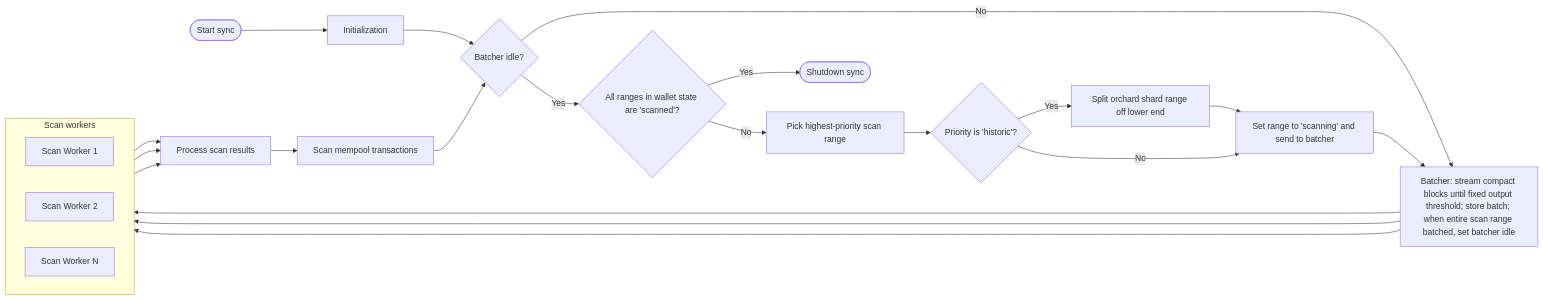
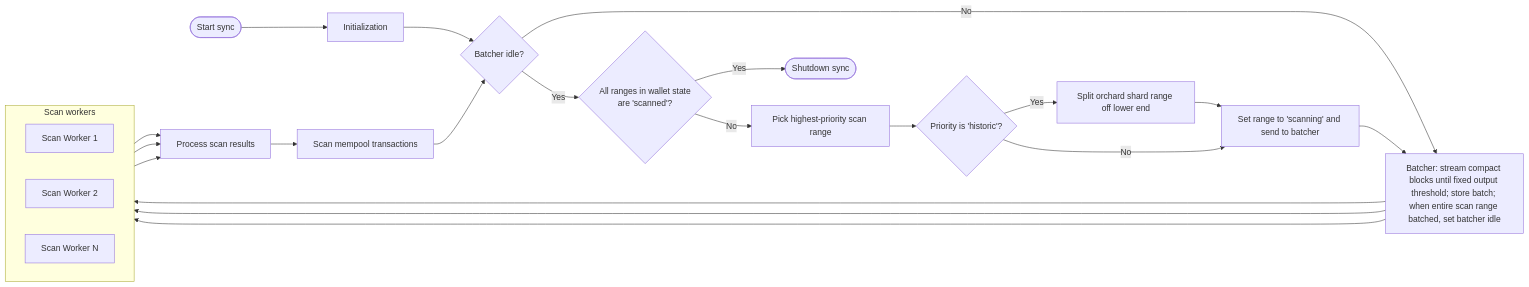
The diagram in pepper-sync/diagrams/sync.mmd (zingolabs/zingolib), drawn with Mermaid before and after one commit.

Commit message:
attempt explicit \<br\>

```diff
--- a/pepper-sync/diagrams/sync.mmd
+++ b/pepper-sync/diagrams/sync.mmd
@@ -1,30 +1,30 @@
 
 flowchart LR
   %% SYNC
   START([Start sync]) --> INIT["Initialization"]
   INIT --> S0
   S0{Batcher idle?}
   S0 -- No --> S6
-  S0 -- Yes --> S1{All ranges in wallet state are 'scanned'?}
+  S0 -- Yes --> S1{All ranges in wallet state<br>are 'scanned'?}
   S1 -- Yes --> SHUTDOWN([Shutdown sync])
   S1 -- No --> S2["Pick highest-priority scan range"]
   S2 --> S3{Priority is 'historic'?}
   S3 -- Yes --> S4["Split orchard shard range off lower end"] --> S5["Set range to 'scanning' and send to batcher"]
   S3 -- No --> S5
   S5 --> S6
   S6["Batcher: stream compact blocks until fixed output threshold; store batch; when entire scan range batched, set batcher idle"]
   subgraph WORKERS[Scan workers]
     direction LR
     W1["Scan Worker 1"]
     W2["Scan Worker 2"]
     Wn["Scan Worker N"]
   end
   S6 --> W1
   S6 --> W2
   S6 --> Wn
   W1 --> PROC_RES["Process scan results"]
   W2 --> PROC_RES
   Wn --> PROC_RES
 
   PROC_RES --> S7["Scan mempool transactions"]
   S7 --> S0
```
